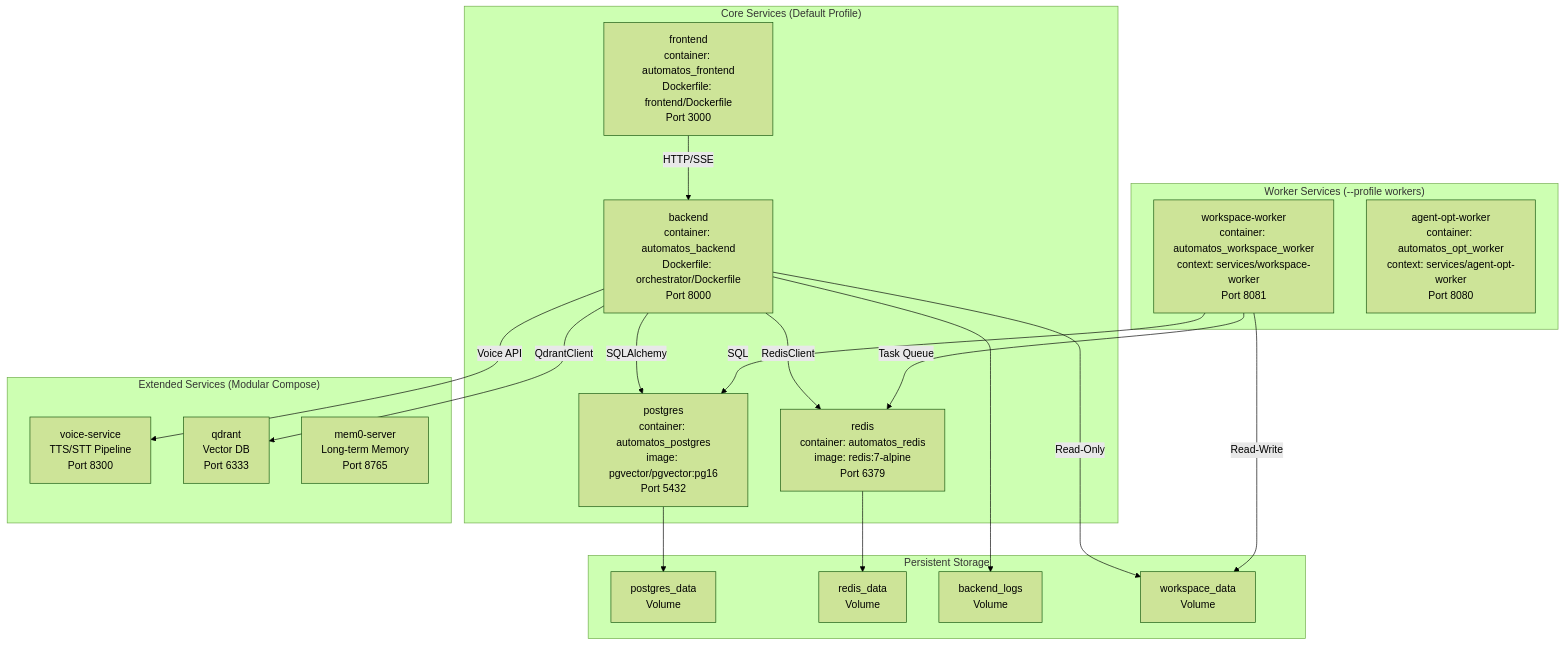
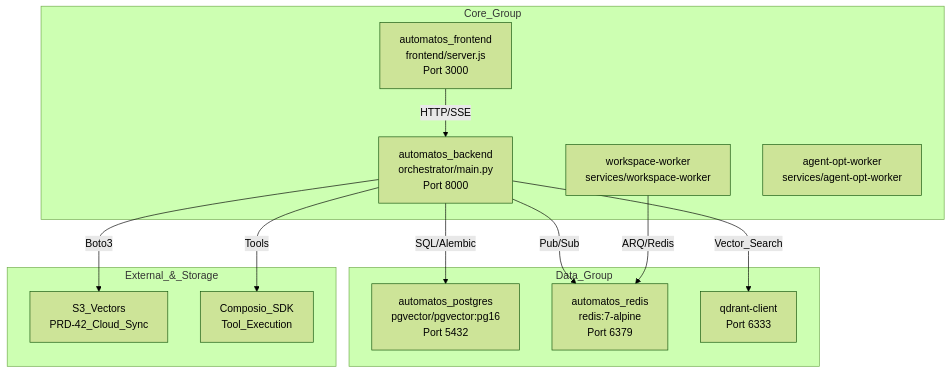
The diagram in docs/deployment-infrastructure/_index.md (AutomatosAI/automatos-ai), drawn with Mermaid (forest theme) before and after one commit. The commit also changed other lines of this file and 153 other files, not shown here.

````diff
--- a/docs/deployment-infrastructure/_index.md
+++ b/docs/deployment-infrastructure/_index.md
@@ -60,40 +43,28 @@
 ```mermaid
 graph TB
-    subgraph "Core Services (Default Profile)"
-        Frontend["frontend<br/>container: automatos_frontend<br/>Dockerfile: frontend/Dockerfile<br/>Port 3000"]
-        Backend["backend<br/>container: automatos_backend<br/>Dockerfile: orchestrator/Dockerfile<br/>Port 8000"]
-        Postgres["postgres<br/>container: automatos_postgres<br/>image: pgvector/pgvector:pg16<br/>Port 5432"]
-        Redis["redis<br/>container: automatos_redis<br/>image: redis:7-alpine<br/>Port 6379"]
+    subgraph "Core_Group"
+        API["automatos_backend<br/>orchestrator/main.py<br/>Port 8000"]
+        UI["automatos_frontend<br/>frontend/server.js<br/>Port 3000"]
+        WorkWorker["workspace-worker<br/>services/workspace-worker"]
+        OptWorker["agent-opt-worker<br/>services/agent-opt-worker"]
     end
     
-    subgraph "Worker Services (--profile workers)"
-        WorkspaceWorker["workspace-worker<br/>container: automatos_workspace_worker<br/>context: services/workspace-worker<br/>Port 8081"]
-        OptWorker["agent-opt-worker<br/>container: automatos_opt_worker<br/>context: services/agent-opt-worker<br/>Port 8080"]
+    subgraph "Data_Group"
+        PG["automatos_postgres<br/>pgvector/pgvector:pg16<br/>Port 5432"]
+        Redis["automatos_redis<br/>redis:7-alpine<br/>Port 6379"]
+        Qdrant["qdrant-client<br/>Port 6333"]
     end
     
-    subgraph "Extended Services (Modular Compose)"
-        Voice["voice-service<br/>TTS/STT Pipeline<br/>Port 8300"]
-        Qdrant["qdrant<br/>Vector DB<br/>Port 6333"]
-        Mem0["mem0-server<br/>Long-term Memory<br/>Port 8765"]
+    subgraph "External_&_Storage"
+        S3["S3_Vectors<br/>PRD-42_Cloud_Sync"]
+        Composio["Composio_SDK<br/>Tool_Execution"]
     end
-    
-    subgraph "Persistent Storage"
-        PGData["postgres_data<br/>Volume"]
-        RedisData["redis_data<br/>Volume"]
-        Logs["backend_logs<br/>Volume"]
-        WorkspaceData["workspace_data<br/>Volume"]
-    end
-    
-    Frontend -->|"HTTP/SSE"| Backend
-    Backend -->|"SQLAlchemy"| Postgres
-    Backend -->|"RedisClient"| Redis
-    WorkspaceWorker -->|"SQL"| Postgres
-    WorkspaceWorker -->|"Task Queue"| Redis
-    Backend -->|"Voice API"| Voice
-    Backend -->|"QdrantClient"| Qdrant
-    Backend -->|"Read-Only"| WorkspaceData
-    WorkspaceWorker -->|"Read-Write"| WorkspaceData
-    Backend --> Logs
-    Postgres --> PGData
-    Redis --> RedisData
+
+    UI -->|"HTTP/SSE"| API
+    API -->|"SQL/Alembic"| PG
+    API -->|"Pub/Sub"| Redis
+    WorkWorker -->|"ARQ/Redis"| Redis
+    API -->|"Vector_Search"| Qdrant
+    API -->|"Boto3"| S3
+    API -->|"Tools"| Composio
 ```
````
